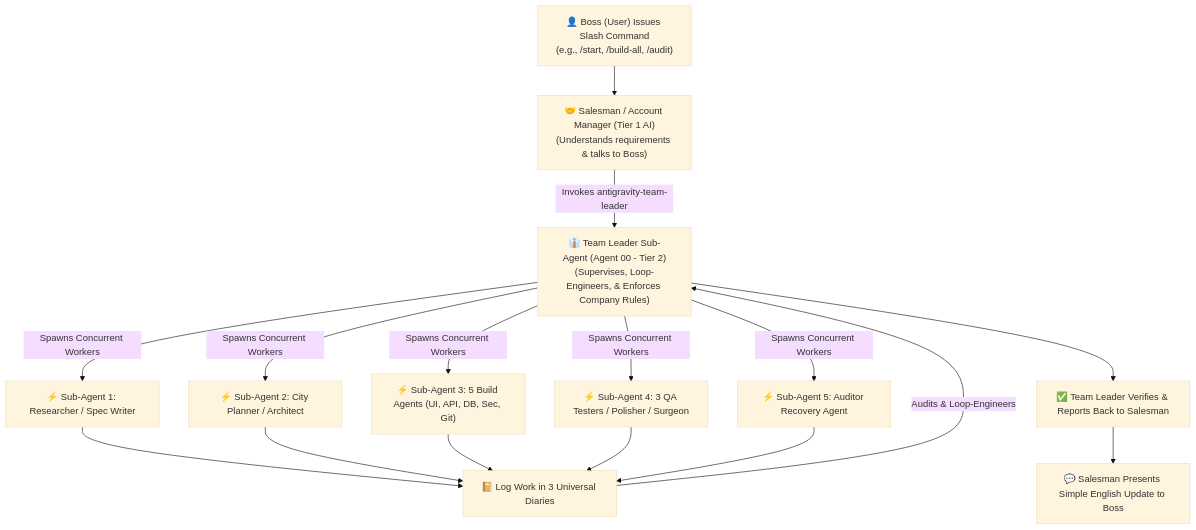
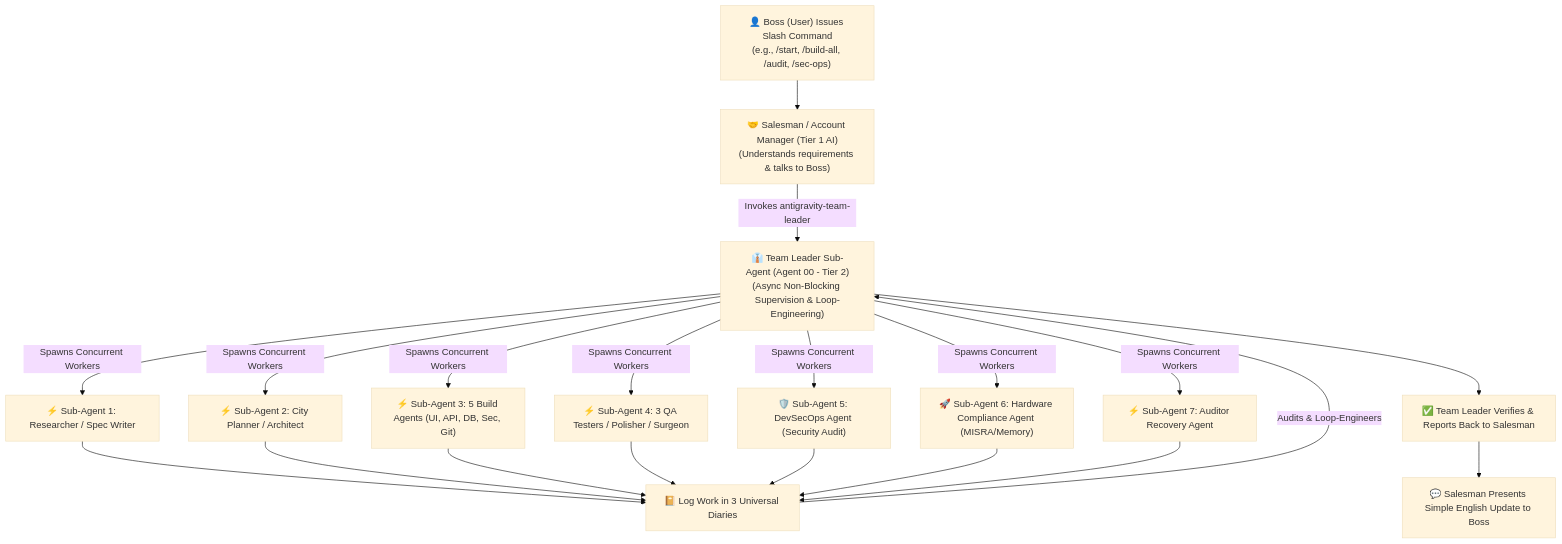
Before and after one commit to aipro831gith/skills_bundle_by_sujal: the diagram in README.md, drawn with Mermaid (base theme). The commit also changed other lines of this file and 7 other files, not shown here.

Commit message:
Enterprise Upgrade 100/100: Add DevSecOps & Hardware Compliance Agents, Parameterized Query Enforcement, Scheduled Memory Pruning, and Async Team Leadership

````diff
--- a/README.md
+++ b/README.md
@@ -9,14 +21,16 @@
 ```mermaid
 flowchart TD
-    A["👤 Boss (User) Issues Slash Command\n(e.g., /start, /build-all, /audit)"] --> B["🤝 Salesman / Account Manager (Tier 1 AI)\n(Understands requirements & talks to Boss)"]
-    B -->|Invokes antigravity-team-leader| C["👔 Team Leader Sub-Agent (Agent 00 - Tier 2)\n(Supervises, Loop-Engineers, & Enforces Company Rules)"]
+    A["👤 Boss (User) Issues Slash Command\n(e.g., /start, /build-all, /audit, /sec-ops)"] --> B["🤝 Salesman / Account Manager (Tier 1 AI)\n(Understands requirements & talks to Boss)"]
+    B -->|Invokes antigravity-team-leader| C["👔 Team Leader Sub-Agent (Agent 00 - Tier 2)\n(Async Non-Blocking Supervision & Loop-Engineering)"]
     C -->|Spawns Concurrent Workers| D1["⚡ Sub-Agent 1: Researcher / Spec Writer"]
     C -->|Spawns Concurrent Workers| D2["⚡ Sub-Agent 2: City Planner / Architect"]
     C -->|Spawns Concurrent Workers| D3["⚡ Sub-Agent 3: 5 Build Agents (UI, API, DB, Sec, Git)"]
     C -->|Spawns Concurrent Workers| D4["⚡ Sub-Agent 4: 3 QA Testers / Polisher / Surgeon"]
-    C -->|Spawns Concurrent Workers| D5["⚡ Sub-Agent 5: Auditor Recovery Agent"]
-    D1 & D2 & D3 & D4 & D5 --> E["📔 Log Work in 3 Universal Diaries"]
+    C -->|Spawns Concurrent Workers| D5["🛡️ Sub-Agent 5: DevSecOps Agent (Security Audit)"]
+    C -->|Spawns Concurrent Workers| D6["🚀 Sub-Agent 6: Hardware Compliance Agent (MISRA/Memory)"]
+    C -->|Spawns Concurrent Workers| D7["⚡ Sub-Agent 7: Auditor Recovery Agent"]
+    D1 & D2 & D3 & D4 & D5 & D6 & D7 --> E["📔 Log Work in 3 Universal Diaries"]
     E -->|Audits & Loop-Engineers| C
     C --> F["✅ Team Leader Verifies & Reports Back to Salesman"]
     F --> G["💬 Salesman Presents Simple English Update to Boss"]
 ```
````
